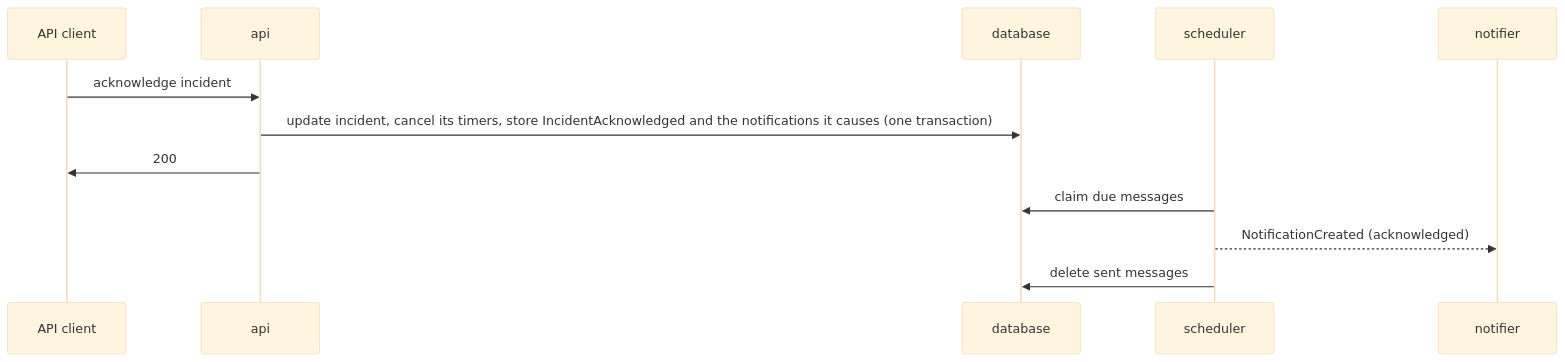
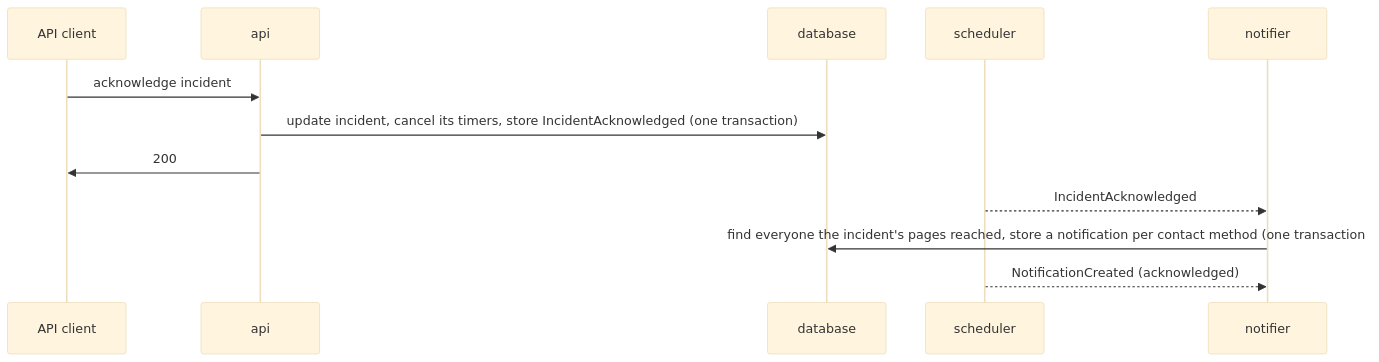
One commit to murphyhq/server changed the fourth of 5 diagrams in docs/architecture.md. Above: the diagram before and after it, drawn with Mermaid (base theme). The commit also changed other lines of this file and 2 other files, not shown here.

Commit message:
docs: notifications own pages, whom they reach and how; engine moves on when a level reached nobody

````diff
--- a/docs/architecture.md
+++ b/docs/architecture.md
@@ -168,14 +179,14 @@
 ```mermaid
 sequenceDiagram
   participant C as API client
   participant A as api
   participant D as database
   participant S as scheduler
   participant N as notifier
   C->>A: acknowledge incident
-  A->>D: update incident, cancel its timers, store IncidentAcknowledged and the notifications it causes (one transaction)
+  A->>D: update incident, cancel its timers, store IncidentAcknowledged (one transaction)
   A->>C: 200
-  S->>D: claim due messages
+  S-->>N: IncidentAcknowledged
+  N->>D: find everyone the incident's pages reached, store a notification per contact method (one transaction)
   S-->>N: NotificationCreated (acknowledged)
-  S->>D: delete sent messages
 ```
````
